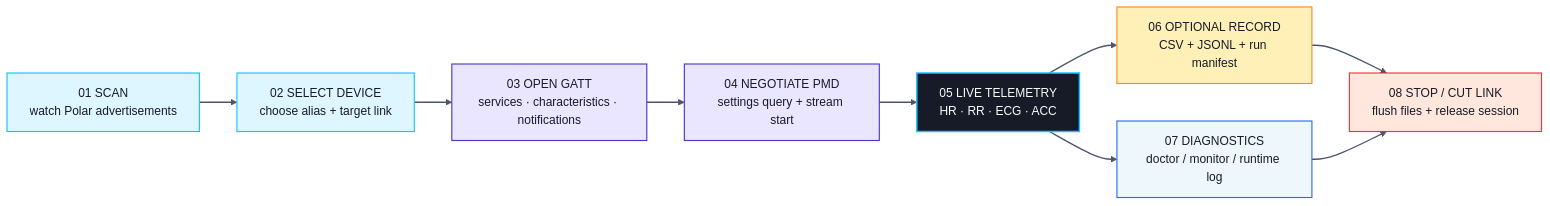
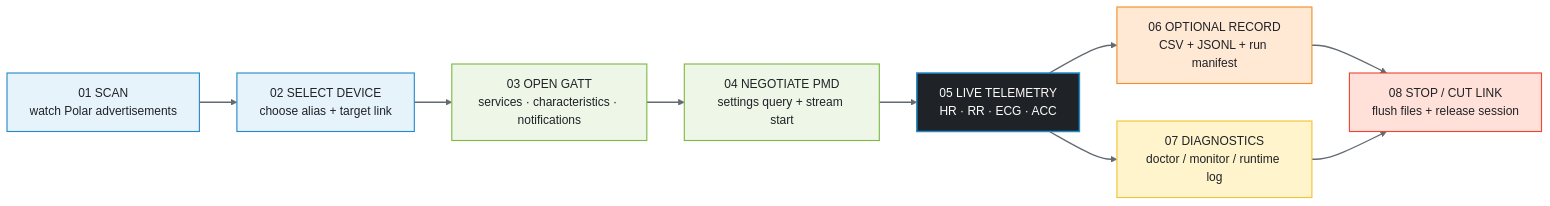
The diagram in docs/diagrams/session-lifecycle.mmd (MesmerPrism/PolarH10), drawn with Mermaid (base theme) before and after one commit. The commit also changed 12 other files, not shown here.

Commit message:
Refine Pages theme and Mermaid viewer

```diff
--- a/docs/diagrams/session-lifecycle.mmd
+++ b/docs/diagrams/session-lifecycle.mmd
@@ -1,25 +1,25 @@
 %% Runtime lifecycle from discovery through streaming and capture.
 
 flowchart LR
     S1["01 SCAN<br/>watch Polar advertisements"] --> S2["02 SELECT DEVICE<br/>choose alias + target link"]
     S2 --> S3["03 OPEN GATT<br/>services · characteristics · notifications"]
     S3 --> S4["04 NEGOTIATE PMD<br/>settings query + stream start"]
     S4 --> S5["05 LIVE TELEMETRY<br/>HR · RR · ECG · ACC"]
     S5 --> S6["06 OPTIONAL RECORD<br/>CSV + JSONL + run manifest"]
     S5 --> S7["07 DIAGNOSTICS<br/>doctor / monitor / runtime log"]
     S6 --> S8["08 STOP / CUT LINK<br/>flush files + release session"]
     S7 --> S8
 
-    classDef acquire fill:#DDF6FF,stroke:#18C2FF,color:#171B27,stroke-width:1.5px;
-    classDef link fill:#EAE6FF,stroke:#4E35C5,color:#171B27,stroke-width:1.5px;
-    classDef active fill:#171B27,stroke:#18C2FF,color:#F7FBFC,stroke-width:2px;
-    classDef record fill:#FFF0B8,stroke:#FF8A1A,color:#171B27,stroke-width:1.5px;
-    classDef diagnostics fill:#EEF7FC,stroke:#2E66FF,color:#171B27,stroke-width:1.5px;
-    classDef stop fill:#FFE7DD,stroke:#F0343C,color:#171B27,stroke-width:1.5px;
+    classDef acquire fill:#E7F3FA,stroke:#258ACB,color:#1F2226,stroke-width:1.5px;
+    classDef link fill:#EEF6E8,stroke:#7DBA44,color:#1F2226,stroke-width:1.5px;
+    classDef active fill:#1F2226,stroke:#258ACB,color:#FFFDF9,stroke-width:2px;
+    classDef record fill:#FFE8D4,stroke:#F28F28,color:#1F2226,stroke-width:1.5px;
+    classDef diagnostics fill:#FFF4CC,stroke:#F3C333,color:#1F2226,stroke-width:1.5px;
+    classDef stop fill:#FFE1D9,stroke:#EC4736,color:#1F2226,stroke-width:1.5px;
     class S1,S2 acquire;
     class S3,S4 link;
     class S5 active;
     class S6 record;
     class S7 diagnostics;
     class S8 stop;
-    linkStyle default stroke:#4B556D,stroke-width:1.8px;
+    linkStyle default stroke:#626A72,stroke-width:1.8px;
```
